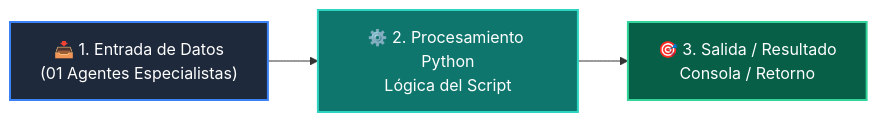
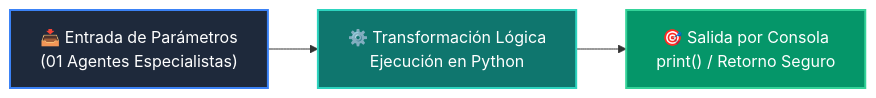
Before and after one commit to wisrovi/wisrovi-python: the diagram in 03-agentes-ia/clase-08-sistemas-multi-agente/ejemplos/ejemplo_01_agentes_especialistas/README.md, drawn with Mermaid. The commit also changed other lines of this file and 226 other files, not shown here.

Commit message:
docs: elevate all repository READMEs to world-class mastery standard with rich pedagogical architecture, custom Mermaids, and professional styling

````diff
--- a/03-agentes-ia/clase-08-sistemas-multi-agente/ejemplos/ejemplo_01_agentes_especialistas/README.md
+++ b/03-agentes-ia/clase-08-sistemas-multi-agente/ejemplos/ejemplo_01_agentes_especialistas/README.md
@@ -12,9 +19,9 @@
 ```mermaid
 flowchart LR
-    A["📥 1. Entrada de Datos<br/>(01 Agentes Especialistas)"] --> B["⚙️ 2. Procesamiento Python<br/>Lógica del Script"]
-    B --> C["🎯 3. Salida / Resultado<br/>Consola / Retorno"]
+    A["📥 Entrada de Parámetros<br/>(01 Agentes Especialistas)"] --> B["⚙️ Transformación Lógica<br/>Ejecución en Python"]
+    B --> C["🎯 Salida por Consola<br/>print() / Retorno Seguro"]
 
-    style A fill:#1e293b,color:#fff,stroke:#3b82f6,stroke-width:2px
-    style B fill:#0f766e,color:#fff,stroke:#2dd4bf,stroke-width:2px
-    style C fill:#065f46,color:#fff,stroke:#34d399,stroke-width:2px
+    style A fill:#1e293b,color:#ffffff,stroke:#3b82f6,stroke-width:2px
+    style B fill:#0f766e,color:#ffffff,stroke:#2dd4bf,stroke-width:2px
+    style C fill:#059669,color:#ffffff,stroke:#34d399,stroke-width:2px
 ```
````
